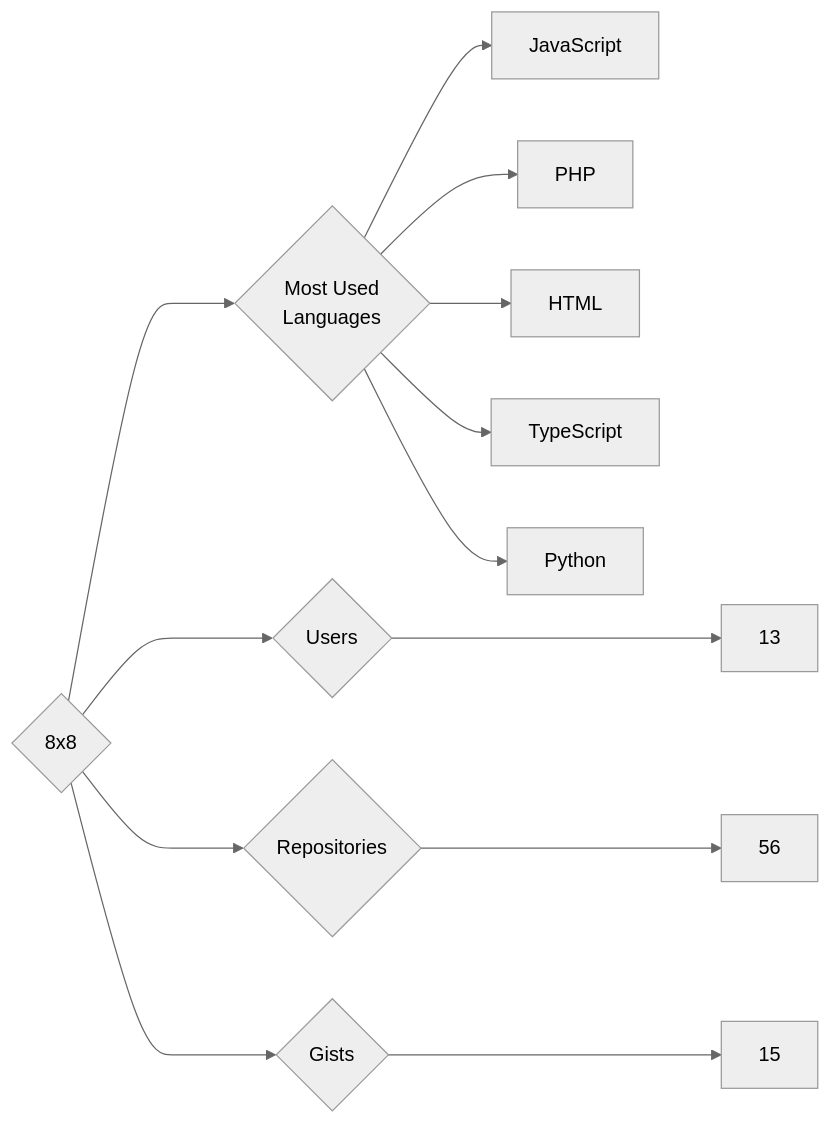
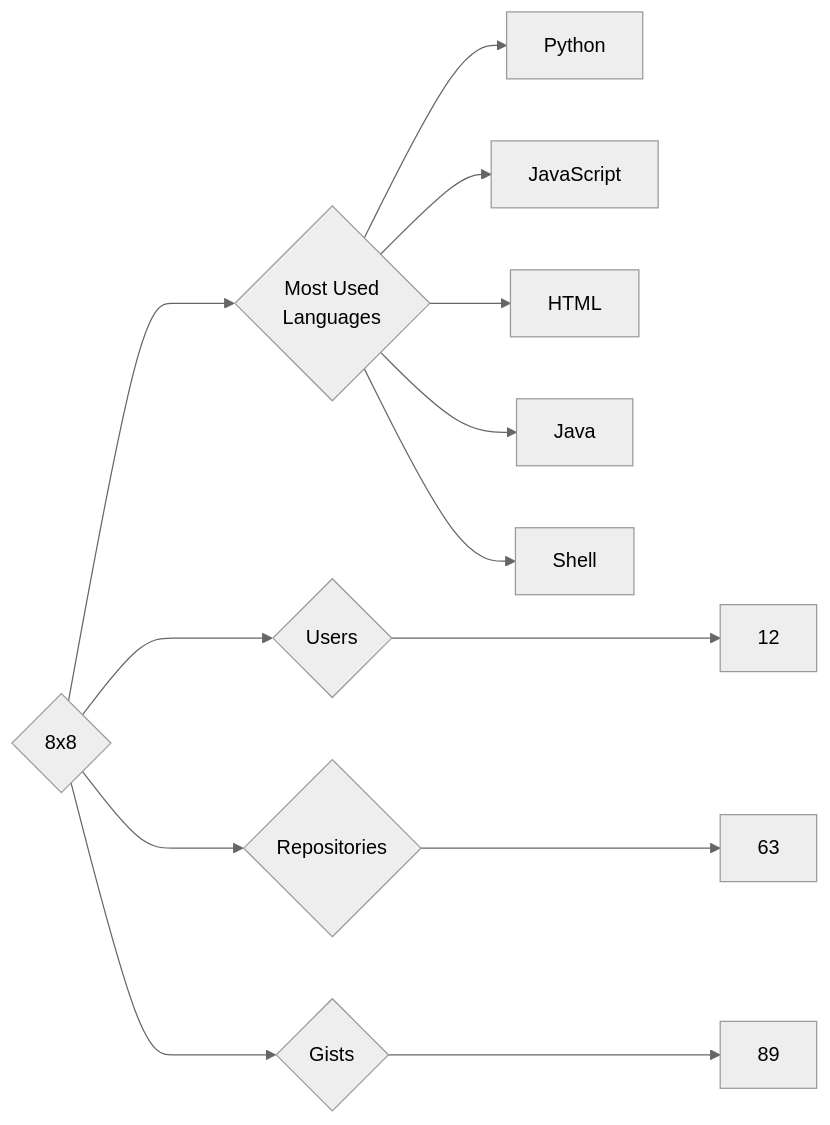
One commit to trickest/insiders changed the diagram in targets/8x8/README.md. Above: the diagram before and after it, drawn with Mermaid (neutral theme). The commit also changed 1170 other files, not shown here.

````diff
--- a/targets/8x8/README.md
+++ b/targets/8x8/README.md
@@ -3,13 +3,13 @@
 ```mermaid
 graph LR
 COMPANY_NAME{8x8}
-COMPANY_NAME ---> U{Users} ---> UN[13]
-COMPANY_NAME ---> R{Repositories} ---> RN[56]
-COMPANY_NAME ---> G{Gists} ---> GN[15]
+COMPANY_NAME ---> U{Users} ---> UN[12]
+COMPANY_NAME ---> R{Repositories} ---> RN[63]
+COMPANY_NAME ---> G{Gists} ---> GN[89]
 COMPANY_NAME ---> ML{Most Used<br>Languages}
+ML --> Python[Python]
 ML --> JavaScript[JavaScript]
-ML --> PHP[PHP]
 ML --> HTML[HTML]
-ML --> TypeScript[TypeScript]
-ML --> Python[Python]
+ML --> Java[Java]
+ML --> Shell[Shell]
 ```
````
